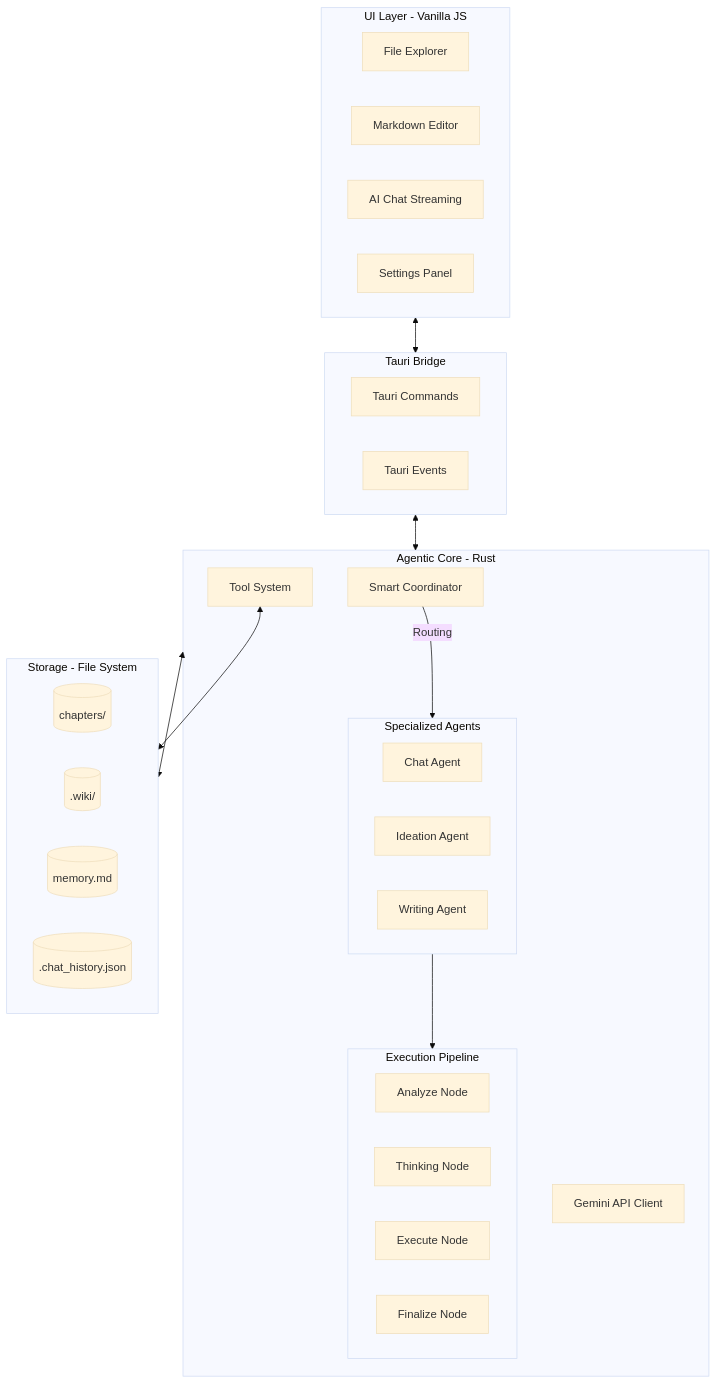
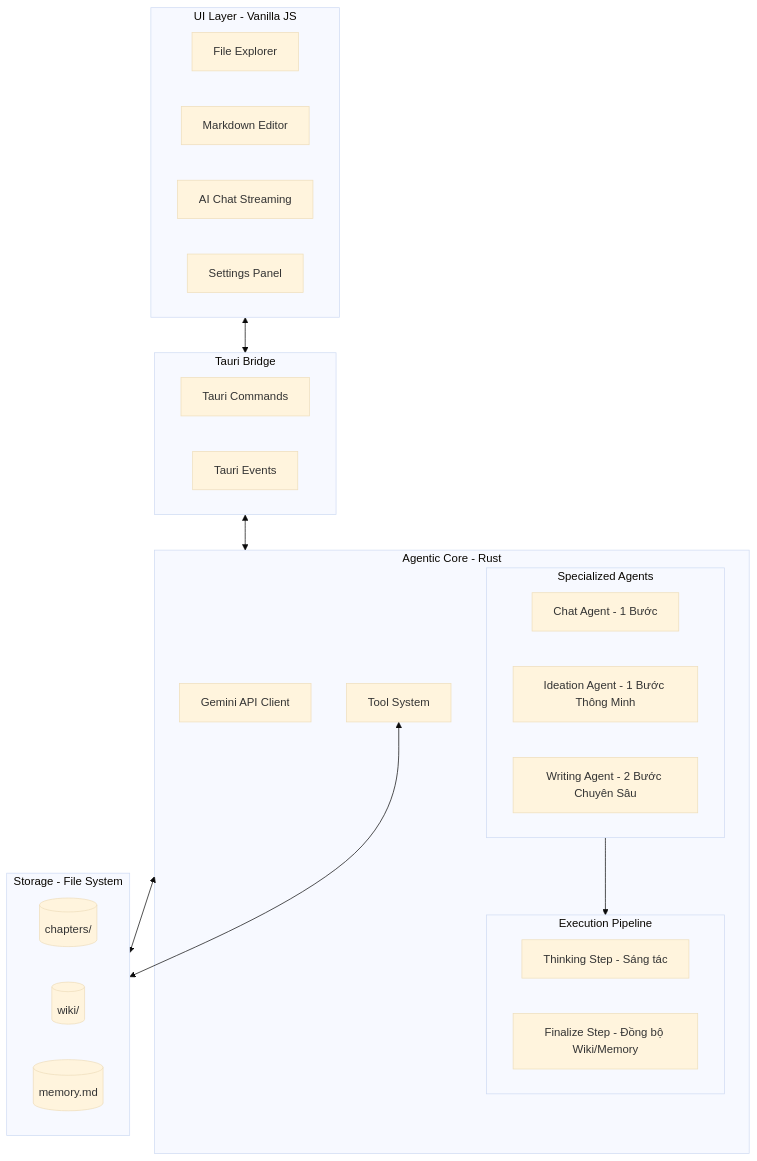
Before and after one commit to thichuong/AI_Write_Novel: the diagram in architecture.md, drawn with Mermaid (base theme). The commit also changed other lines of this file and 12 other files, not shown here.

````diff
--- a/architecture.md
+++ b/architecture.md
@@ -7,47 +9,42 @@
 ```mermaid
 graph TD
     subgraph Frontend [UI Layer - Vanilla JS]
         Explorer[File Explorer]
         Editor[Markdown Editor]
         Chat[AI Chat Streaming]
         Settings[Settings Panel]
     end
 
     subgraph Bridge [Tauri Bridge]
         Commands[Tauri Commands]
         Events[Tauri Events]
     end
 
     subgraph Backend [Agentic Core - Rust]
-        Coordinator[Smart Coordinator]
         subgraph Agents [Specialized Agents]
-            ChatAgent[Chat Agent]
-            IdeationAgent[Ideation Agent]
-            WritingAgent[Writing Agent]
+            ChatAgent[Chat Agent - 1 Bước]
+            IdeationAgent[Ideation Agent - 1 Bước Thông Minh]
+            WritingAgent[Writing Agent - 2 Bước Chuyên Sâu]
         end
         subgraph Nodes [Execution Pipeline]
-            Analyze[Analyze Node]
-            Thinking[Thinking Node]
-            Execute[Execute Node]
-            Finalize[Finalize Node]
+            Thinking[Thinking Step - Sáng tác]
+            Finalize[Finalize Step - Đồng bộ Wiki/Memory]
         end
         Client[Gemini API Client]
         Tools[Tool System]
     end
 
     subgraph Data [Storage - File System]
         Chapters[(chapters/)]
-        Wiki[(.wiki/)]
+        Wiki[(wiki/)]
         MemoryFile[(memory.md)]
-        HistoryFile[(.chat_history.json)]
     end
 
     %% Tương tác
     Frontend <--> Bridge
     Bridge <--> Backend
     Backend <--> Data
     Tools <--> Data
     
-    Coordinator -->|Routing| Agents
     Agents --> Nodes
 ```
````
